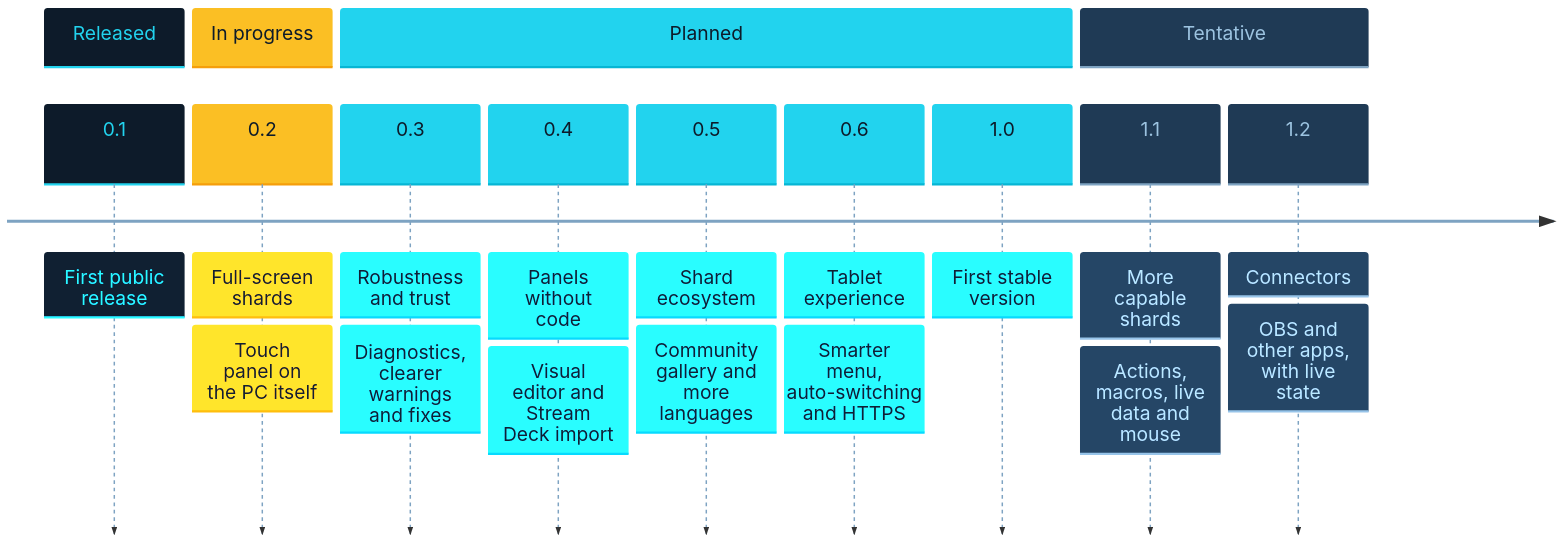
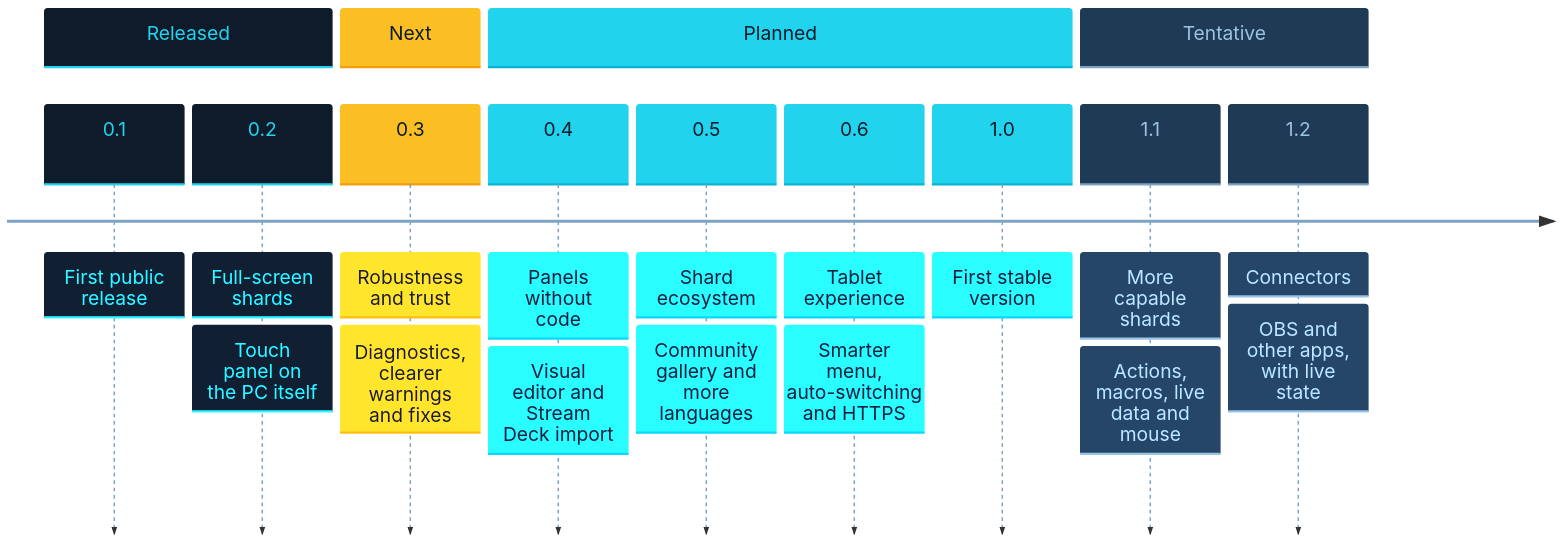
Before and after one commit to libreshard/libreshard: the diagram in README.md, drawn with Mermaid. The commit also changed 5 other files, not shown here.

````diff
--- a/README.md
+++ b/README.md
@@ -178,17 +178,17 @@
 ```mermaid
 %%{init: {"theme": "base", "themeVariables": {"fontSize": "26px", "cScale0": "#0d1b2a", "cScaleLabel0": "#22d3ee", "cScaleInv0": "#22d3ee", "cScale1": "#fbbf24", "cScaleLabel1": "#0d1b2a", "cScaleInv1": "#f59e0b", "cScale2": "#22d3ee", "cScaleLabel2": "#0d1b2a", "cScaleInv2": "#06b6d4", "cScale3": "#1f3a55", "cScaleLabel3": "#9cc3e0", "cScaleInv3": "#7ea3c2", "cScaleLabel11": "#7ea3c2"}, "themeCSS": ".eventWrapper { filter: none; }"}}%%
 timeline
     section Released
         0.1 : First public release
-    section In progress
         0.2 : Full-screen shards : Touch panel on the PC itself
+    section Next
+        0.3 : Robustness and trust : Diagnostics, clearer warnings and fixes
     section Planned
-        0.3 : Robustness and trust : Diagnostics, clearer warnings and fixes
         0.4 : Panels without code : Visual editor and Stream Deck import
         0.5 : Shard ecosystem : Community gallery and more languages
         0.6 : Tablet experience : Smarter menu, auto-switching and HTTPS
         1.0 : First stable version
     section Tentative
         1.1 : More capable shards : Actions, macros, live data and mouse
         1.2 : Connectors : OBS and other apps, with live state
 ```
````
